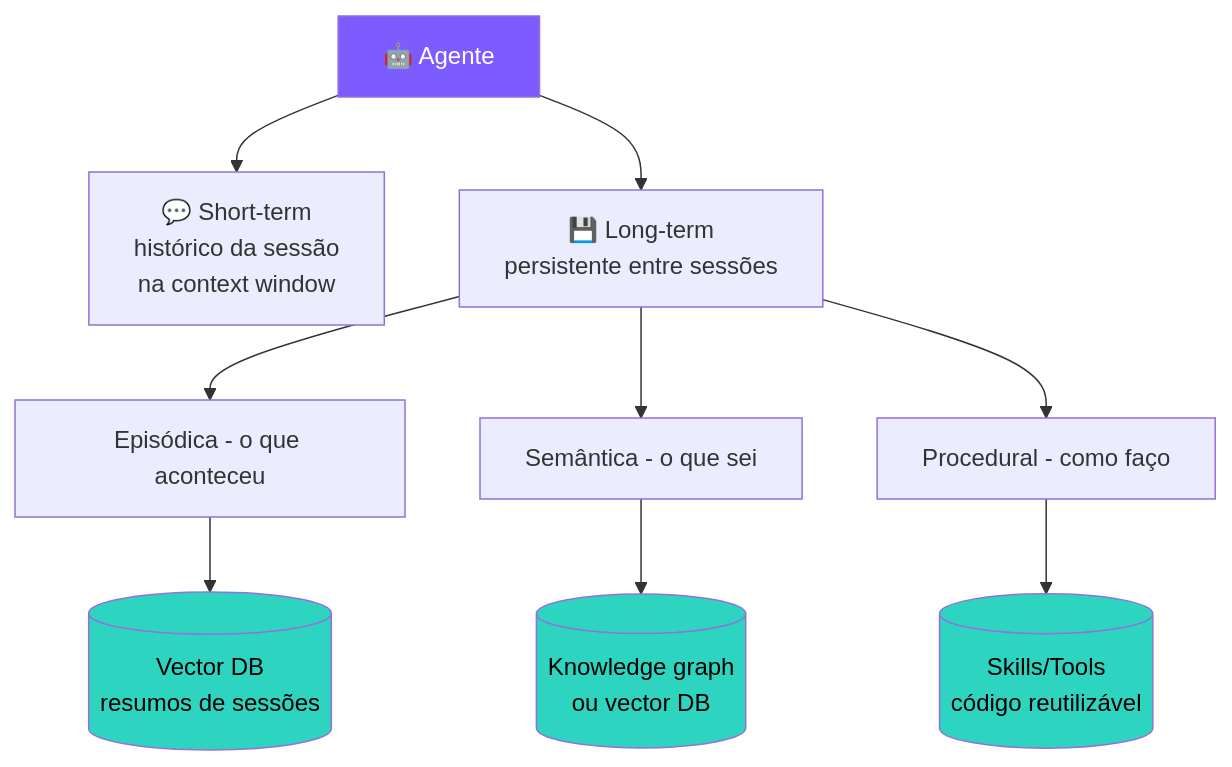
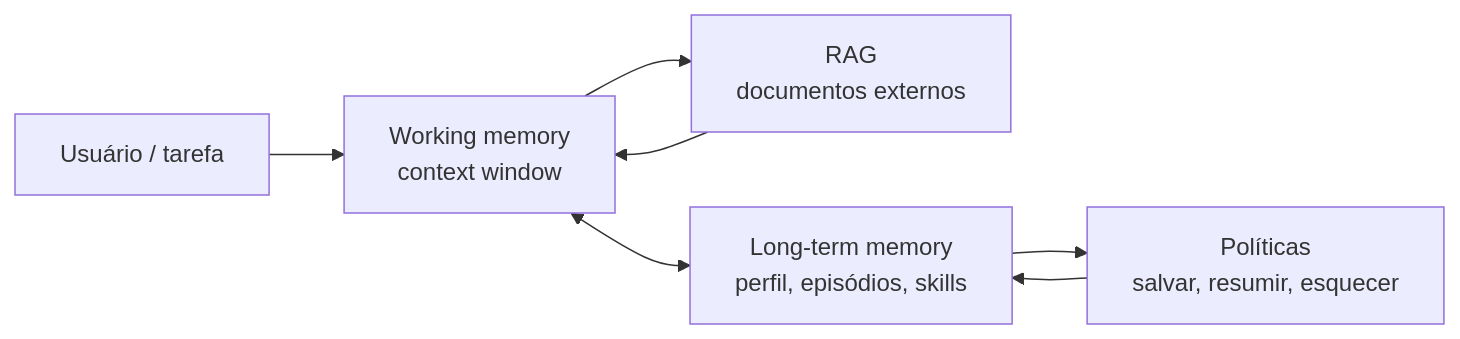
Before and after one commit to delgadoliveira/topicos-especiais-ia: diagram 18 of 21 in pages/encontro-3.md, drawn with Mermaid. The commit also changed other lines of this file and 5 other files, not shown here.

````diff
--- a/pages/encontro-3.md
+++ b/pages/encontro-3.md
@@ -996,18 +1000,9 @@
 ```mermaid {scale: 0.55}
-flowchart TB
-  A[🤖 Agente] --> S[💬 Short-term<br/>histórico da sessão<br/>na context window]
-  A --> L[💾 Long-term<br/>persistente entre sessões]
-  
-  L --> L1[Episódica - o que aconteceu]
-  L --> L2[Semântica - o que sei]
-  L --> L3[Procedural - como faço]
-  
-  L1 --> VDB[(Vector DB<br/>resumos de sessões)]
-  L2 --> KG[(Knowledge graph<br/>ou vector DB)]
-  L3 --> CODE[(Skills/Tools<br/>código reutilizável)]
-  
-  style A fill:#7c5cff,color:#fff
-  style VDB fill:#2dd4bf,color:#000
-  style KG fill:#2dd4bf,color:#000
-  style CODE fill:#2dd4bf,color:#000
+flowchart LR
+  U[Usuário / tarefa] --> W[Working memory<br/>context window]
+  W --> R[RAG<br/>documentos externos]
+  W <--> M[Long-term memory<br/>perfil, episódios, skills]
+  M --> P[Políticas<br/>salvar, resumir, esquecer]
+  R --> W
+  P --> M
 ```
````
